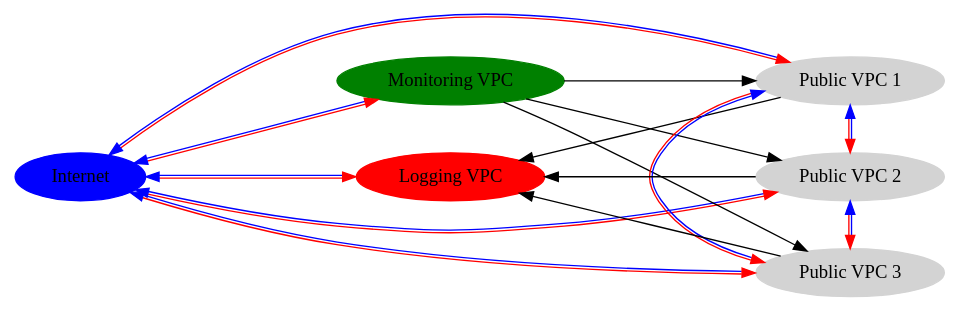
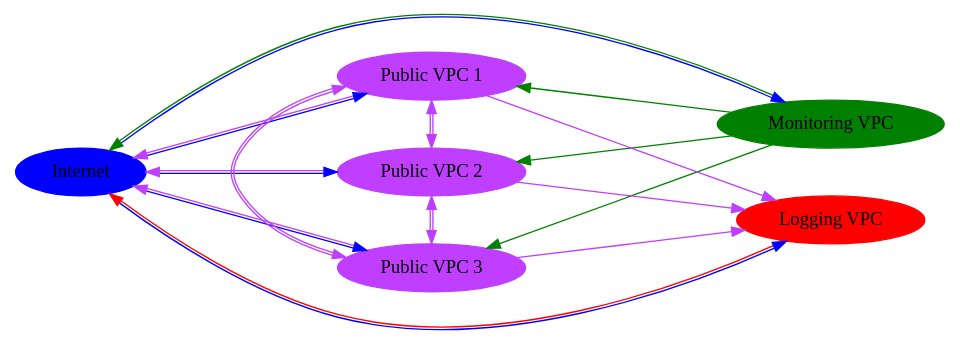
Before and after one commit to jpancoast/cloudsetup: the diagram in docs/overall_layout.dot, drawn with Graphviz. The commit also changed 1 other file, not shown here.

```diff
--- a/docs/overall_layout.dot
+++ b/docs/overall_layout.dot
@@ -1,52 +1,53 @@
 digraph G {
     #http://www.graphviz.org/pdf/dotguide.pdf
     rankdir = LR
 
     Internet [ color = blue, style = filled ]
     "Monitoring VPC" [ color = green, style = filled ]
     "Logging VPC" [ color = red, style = filled ]
 
-    "Public VPC 1" [ color = lightgray, style = filled ]
-    "Public VPC 2" [ color = lightgray, style = filled ]
-    "Public VPC 3" [ color = lightgray, style = filled ]
+    "Public VPC 1" [ color = "darkorchid1", style = filled ]
+    "Public VPC 2" [ color = "darkorchid1", style = filled ]
+    "Public VPC 3" [ color = "darkorchid1", style = filled ]
 
     ranksep = 2.0
     nodesep = .5
 
-    Internet -> "Public VPC 1" [dir=both color="red:blue"];
-    Internet -> "Public VPC 2" [dir=both color="red:blue"];
-    Internet -> "Public VPC 3" [dir=both color="red:blue"];
+    Internet -> "Public VPC 1" [dir=both color="blue:darkorchid1"];
+    Internet -> "Public VPC 2" [dir=both color="blue:darkorchid1"];
+    Internet -> "Public VPC 3" [dir=both color="blue:darkorchid1"];
+
 
     {
-        rank = same;
+        rank = min;
         Internet;
     }
 
     {
         rank = same;
         "Public VPC 1"; "Public VPC 2"; "Public VPC 3";
     }
 
 
     {
-        rank = same;
+        rank = max;
         "Monitoring VPC"; "Logging VPC";
     }
 
 
-    Internet -> "Monitoring VPC" [dir=both color="red:blue"];
-    Internet -> "Logging VPC" [dir=both color="red:blue"];
 
-    "Monitoring VPC" -> "Public VPC 1";
-    "Monitoring VPC" -> "Public VPC 2";
-    "Monitoring VPC" -> "Public VPC 3";
+    "Public VPC 1" -> "Public VPC 2" [dir=both color="darkorchid1:darkorchid1"];
+    "Public VPC 1" -> "Public VPC 3" [dir=both color="darkorchid1:darkorchid1"];
+    "Public VPC 2" -> "Public VPC 3" [dir=both color="darkorchid1:darkorchid1"];
 
-    "Public VPC 1" -> "Logging VPC";
-    "Public VPC 2" -> "Logging VPC";
-    "Public VPC 3" -> "Logging VPC";
+    Internet -> "Monitoring VPC" [dir=both color="blue:green"];
+    Internet -> "Logging VPC" [dir=both color="blue:red"];
 
+    "Monitoring VPC" -> "Public VPC 1" [ color="green"];
+    "Monitoring VPC" -> "Public VPC 2" [ color="green"];
+    "Monitoring VPC" -> "Public VPC 3" [ color="green"];
 
-    "Public VPC 1" -> "Public VPC 2" [dir=both color="red:blue"];
-    "Public VPC 1" -> "Public VPC 3" [dir=both color="red:blue"];
-    "Public VPC 2" -> "Public VPC 3" [dir=both color="red:blue"];
+    "Public VPC 1" -> "Logging VPC" [ color = "darkorchid1" ];
+    "Public VPC 2" -> "Logging VPC" [ color = "darkorchid1" ];
+    "Public VPC 3" -> "Logging VPC" [ color = "darkorchid1" ];
 }
```
